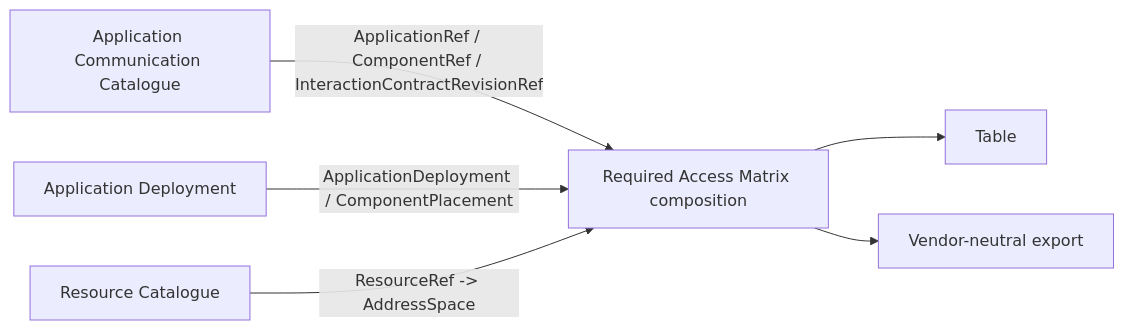
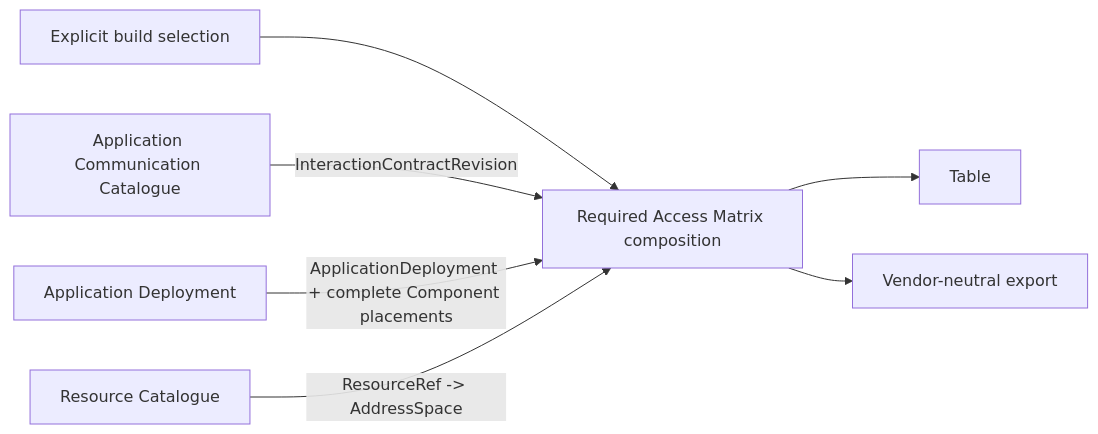
One commit to lehater/napms changed the first of 2 diagrams in docs/domain/context-map.md. Above: the diagram before and after it, drawn with Mermaid. The commit also changed other lines of this file, not shown here.

Commit message:
docs: restore complete target context map

````diff
--- a/docs/domain/context-map.md
+++ b/docs/domain/context-map.md
@@ -9,8 +20,9 @@
 ```mermaid
 flowchart LR
-    ACC[Application Communication Catalogue] -->|ApplicationRef / ComponentRef / InteractionContractRevisionRef| RAM[Required Access Matrix composition]
-    AD[Application Deployment] -->|ApplicationDeployment / ComponentPlacement| RAM
+    SEL[Explicit build selection] --> RAM[Required Access Matrix composition]
+    ACC[Application Communication Catalogue] -->|InteractionContractRevision| RAM
+    AD[Application Deployment] -->|ApplicationDeployment + complete Component placements| RAM
     RC[Resource Catalogue] -->|ResourceRef -> AddressSpace| RAM
     RAM --> TABLE[Table]
     RAM --> EXPORT[Vendor-neutral export]
 ```
````
